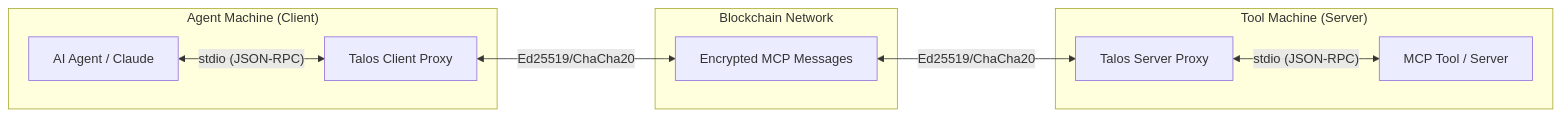
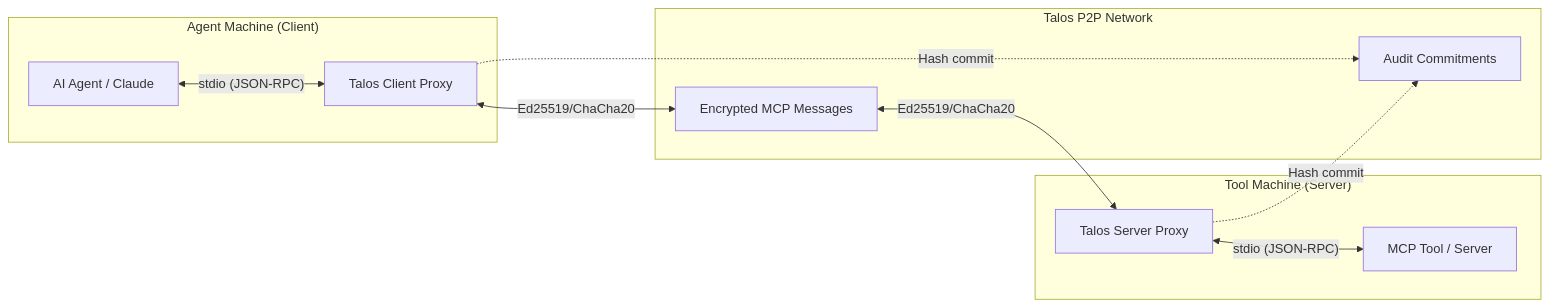
Before and after one commit to talosprotocol/talos: the diagram in docs/wiki/MCP-Integration.md, drawn with Mermaid. The commit also changed other lines of this file and 5 other files, not shown here.

````diff
--- a/docs/wiki/MCP-Integration.md
+++ b/docs/wiki/MCP-Integration.md
@@ -14,21 +16,24 @@
 ```mermaid
 graph LR
     subgraph "Agent Machine (Client)"
         Agent[AI Agent / Claude]
         CP[Talos Client Proxy]
     end
     
-    subgraph "Blockchain Network"
+    subgraph "Talos P2P Network"
         Msg[Encrypted MCP Messages]
+        Audit[Audit Commitments]
     end
     
     subgraph "Tool Machine (Server)"
         SP[Talos Server Proxy]
         Tool[MCP Tool / Server]
     end
     
     Agent <-->|"stdio (JSON-RPC)"| CP
     CP <-->|"Ed25519/ChaCha20"| Msg
     Msg <-->|"Ed25519/ChaCha20"| SP
     SP <-->|"stdio (JSON-RPC)"| Tool
+    CP -.->|"Hash commit"| Audit
+    SP -.->|"Hash commit"| Audit
 ```
````
